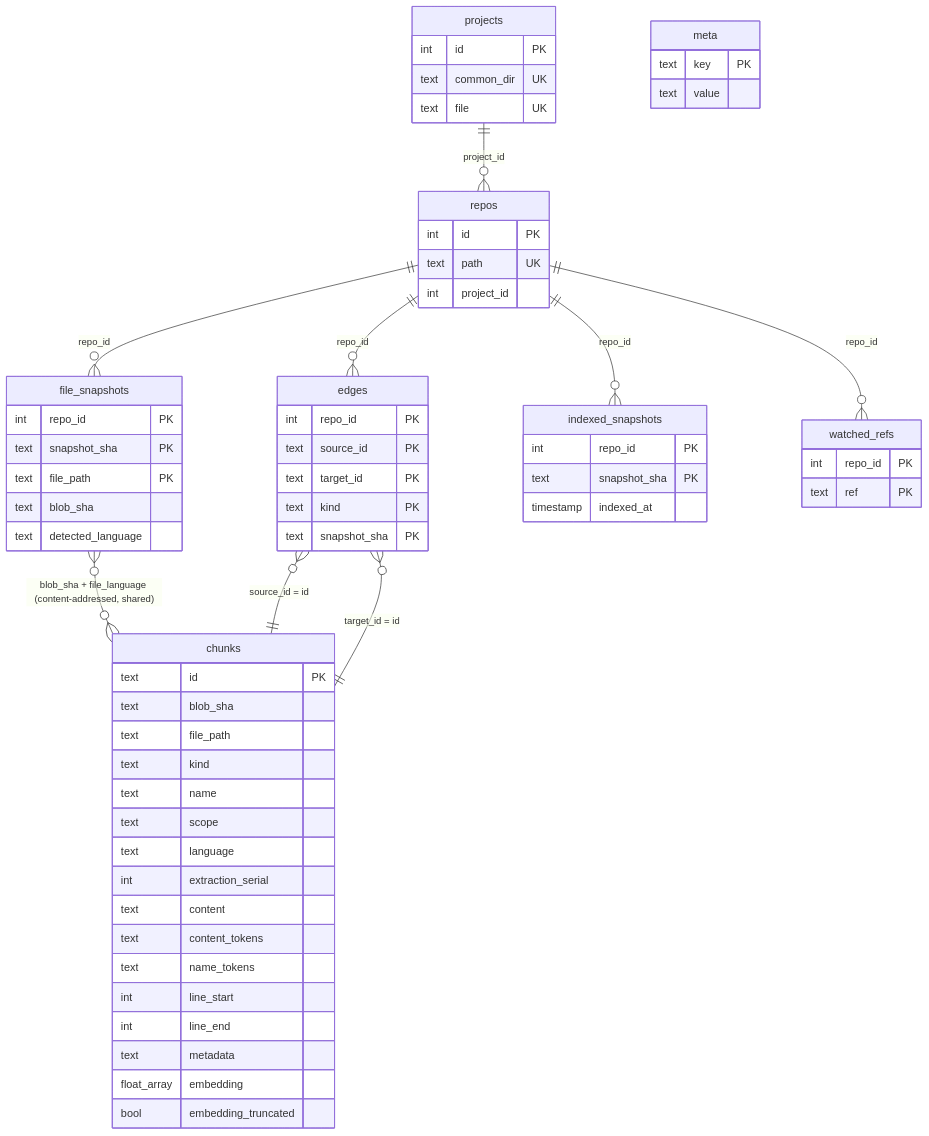
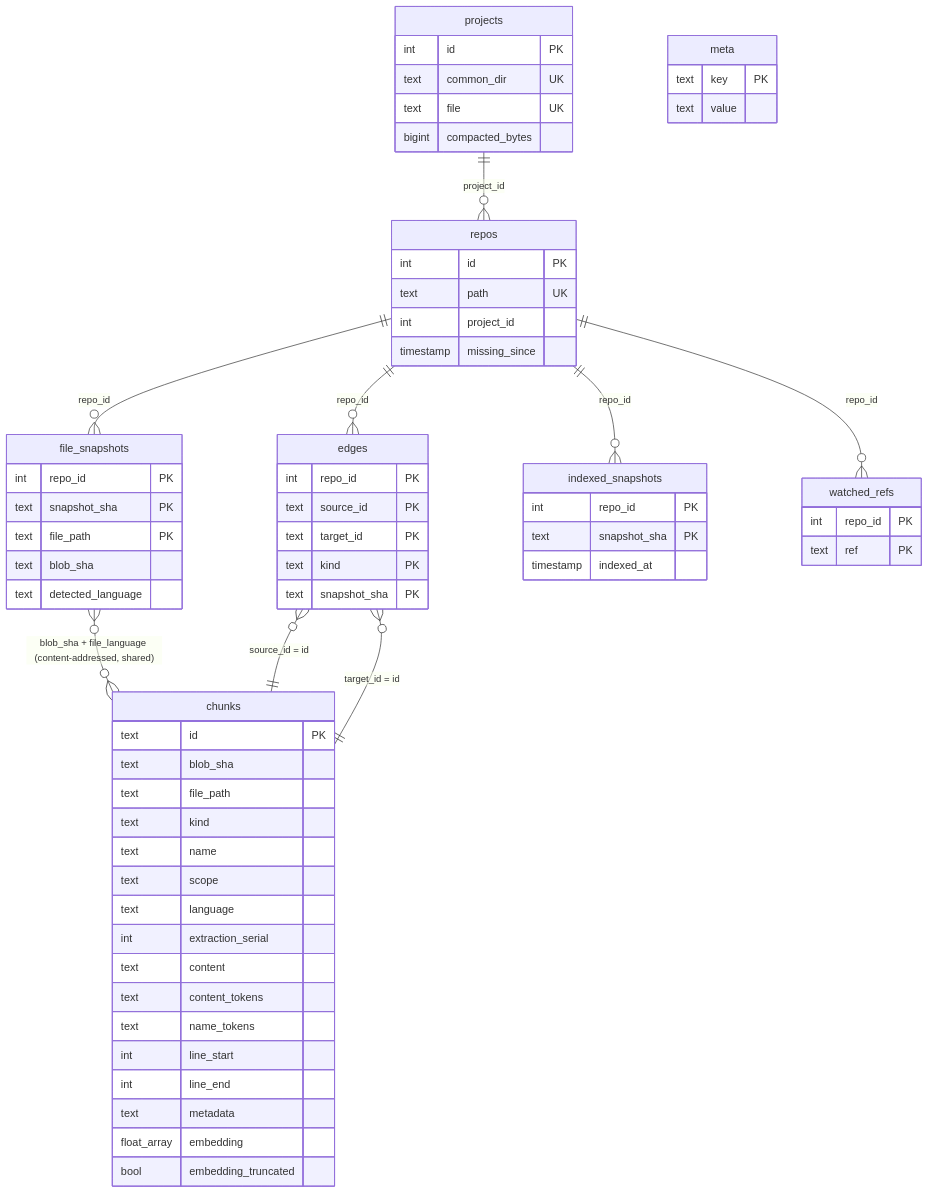
The sixth of 7 diagrams in packages/rbtr/ARCHITECTURE.md (janrito/rbtr), drawn with Mermaid before and after one commit. The commit also changed other lines of this file and 18 other files, not shown here.

````diff
--- a/packages/rbtr/ARCHITECTURE.md
+++ b/packages/rbtr/ARCHITECTURE.md
@@ -423,68 +424,70 @@
 ```mermaid
 erDiagram
     projects ||--o{ repos : "project_id"
     repos ||--o{ file_snapshots : "repo_id"
     repos ||--o{ edges : "repo_id"
     repos ||--o{ indexed_snapshots : "repo_id"
     repos ||--o{ watched_refs : "repo_id"
 
     file_snapshots }o--o{ chunks : "blob_sha + file_language (content-addressed, shared)"
     edges }o--|| chunks : "source_id = id"
     edges }o--|| chunks : "target_id = id"
 
     projects {
         int id PK
         text common_dir UK
         text file UK
+        bigint compacted_bytes
     }
     repos {
         int id PK
         text path UK
         int project_id
+        timestamp missing_since
     }
     file_snapshots {
         int repo_id PK
         text snapshot_sha PK
         text file_path PK
         text blob_sha
         text detected_language
     }
     chunks {
         text id PK
         text blob_sha
         text file_path
         text kind
         text name
         text scope
         text language
         int extraction_serial
         text content
         text content_tokens
         text name_tokens
         int line_start
         int line_end
         text metadata
         float_array embedding
         bool embedding_truncated
     }
     edges {
         int repo_id PK
         text source_id PK
         text target_id PK
         text kind PK
         text snapshot_sha PK
     }
     indexed_snapshots {
         int repo_id PK
         text snapshot_sha PK
         timestamp indexed_at
     }
     watched_refs {
         int repo_id PK
         text ref PK
     }
     meta {
         text key PK
         text value
     }
 ```
````
